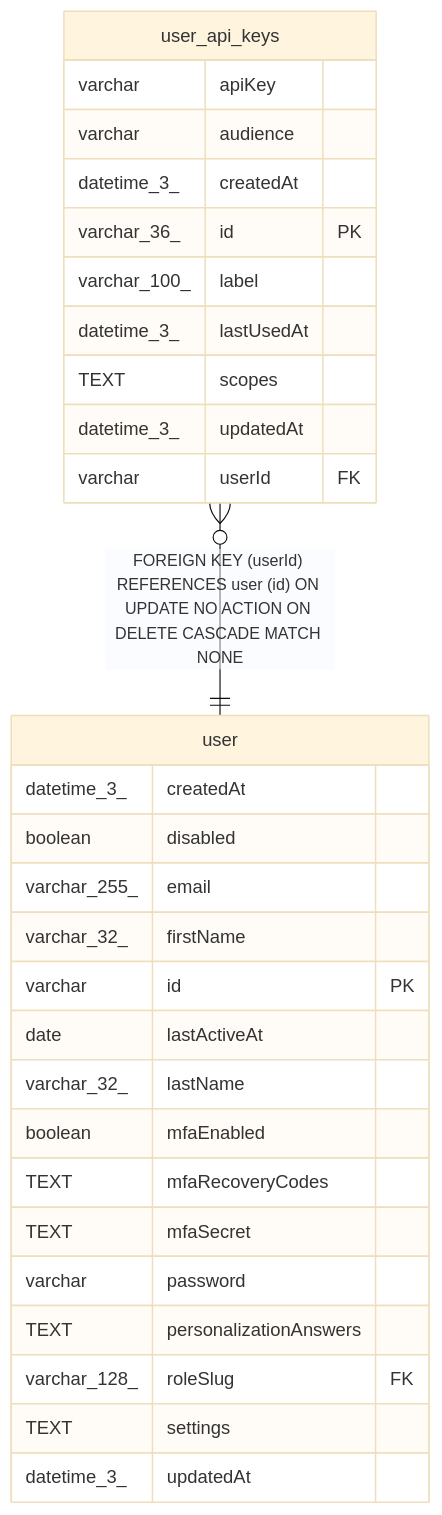
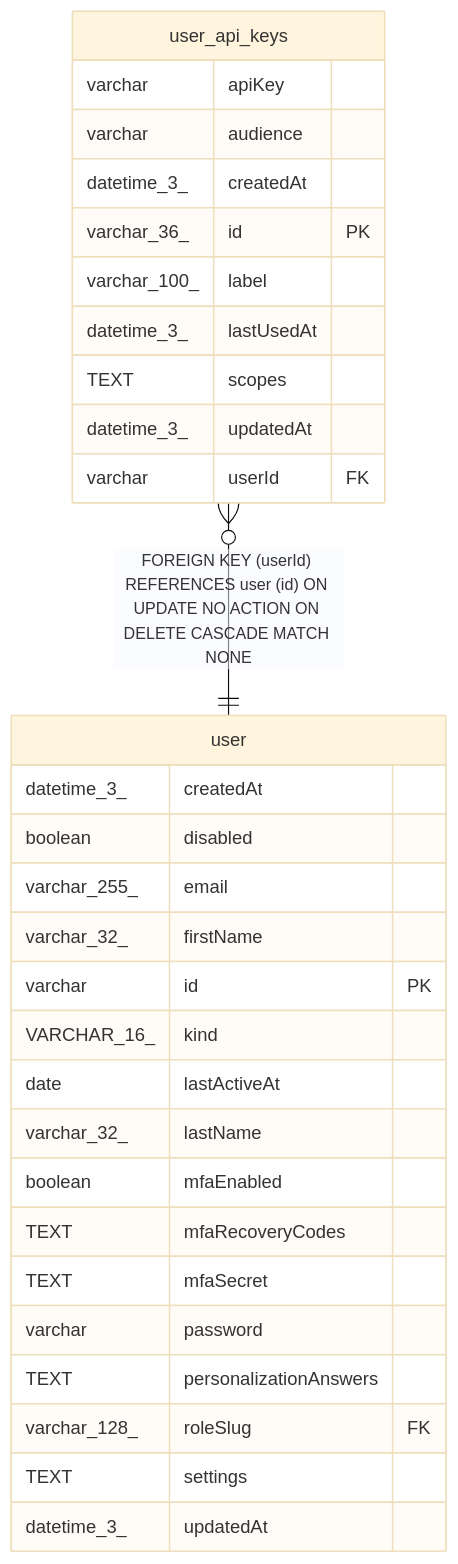
Before and after one commit to koreatest12/studys: the diagram in n8n_integration/n8n_source/docs/generated/sqlite-schema/user_api_keys.md, drawn with Mermaid (base theme). The commit also changed 23019 other files, not shown here.

````diff
--- a/n8n_integration/n8n_source/docs/generated/sqlite-schema/user_api_keys.md
+++ b/n8n_integration/n8n_source/docs/generated/sqlite-schema/user_api_keys.md
@@ -48,34 +48,35 @@
 ```mermaid
 erDiagram
 
 "user_api_keys" }o--|| "user" : "FOREIGN KEY (userId) REFERENCES user (id) ON UPDATE NO ACTION ON DELETE CASCADE MATCH NONE"
 
 "user_api_keys" {
   varchar apiKey
   varchar audience
   datetime_3_ createdAt
   varchar_36_ id PK
   varchar_100_ label
   datetime_3_ lastUsedAt
   TEXT scopes
   datetime_3_ updatedAt
   varchar userId FK
 }
 "user" {
   datetime_3_ createdAt
   boolean disabled
   varchar_255_ email
   varchar_32_ firstName
   varchar id PK
+  VARCHAR_16_ kind
   date lastActiveAt
   varchar_32_ lastName
   boolean mfaEnabled
   TEXT mfaRecoveryCodes
   TEXT mfaSecret
   varchar password
   TEXT personalizationAnswers
   varchar_128_ roleSlug FK
   TEXT settings
   datetime_3_ updatedAt
 }
 ```
````
